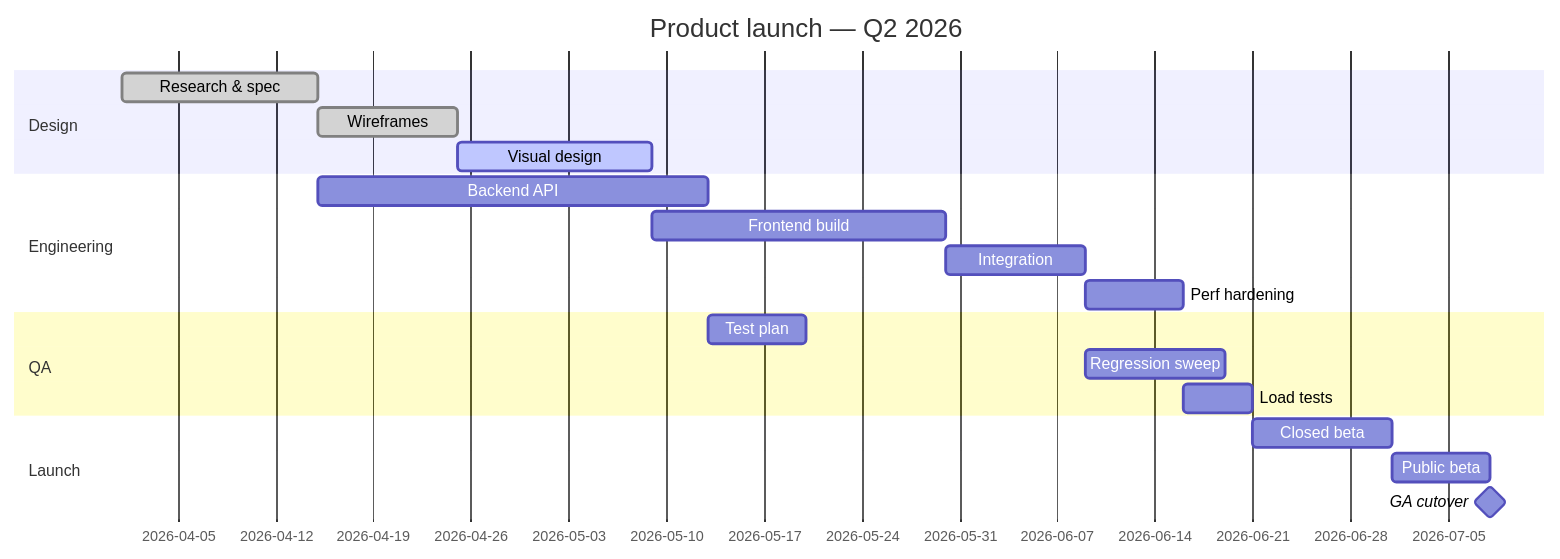
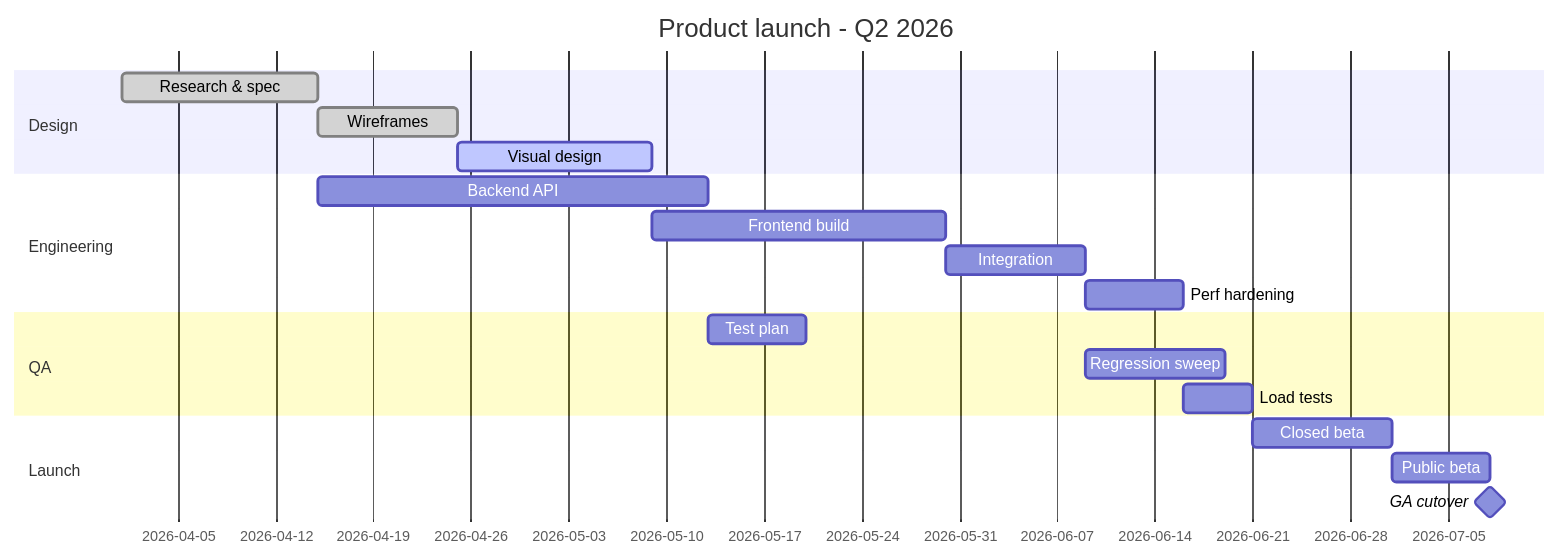
Before and after one commit to michael-123123/mde: diagram 11 of 20 in examples/DIAGRAMS.md, drawn with Mermaid. The commit also changed other lines of this file and 105 other files, not shown here.

````diff
--- a/examples/DIAGRAMS.md
+++ b/examples/DIAGRAMS.md
@@ -301,22 +301,22 @@
 ```mermaid
 gantt
-    title Product launch — Q2 2026
+    title Product launch - Q2 2026
     dateFormat  YYYY-MM-DD
     section Design
     Research & spec        :done, d1, 2026-04-01, 14d
     Wireframes             :done, d2, after d1, 10d
     Visual design          :active, d3, after d2, 14d
     section Engineering
     Backend API            :e1, after d1, 28d
     Frontend build         :e2, after d3, 21d
     Integration            :e3, after e2, 10d
     Perf hardening         :e4, after e3, 7d
     section QA
     Test plan              :q1, after e1, 7d
     Regression sweep       :q2, after e3, 10d
     Load tests             :q3, after e4, 5d
     section Launch
     Closed beta            :l1, after q3, 10d
     Public beta            :l2, after l1, 7d
     GA cutover             :milestone, l3, after l2, 0d
 ```
````
